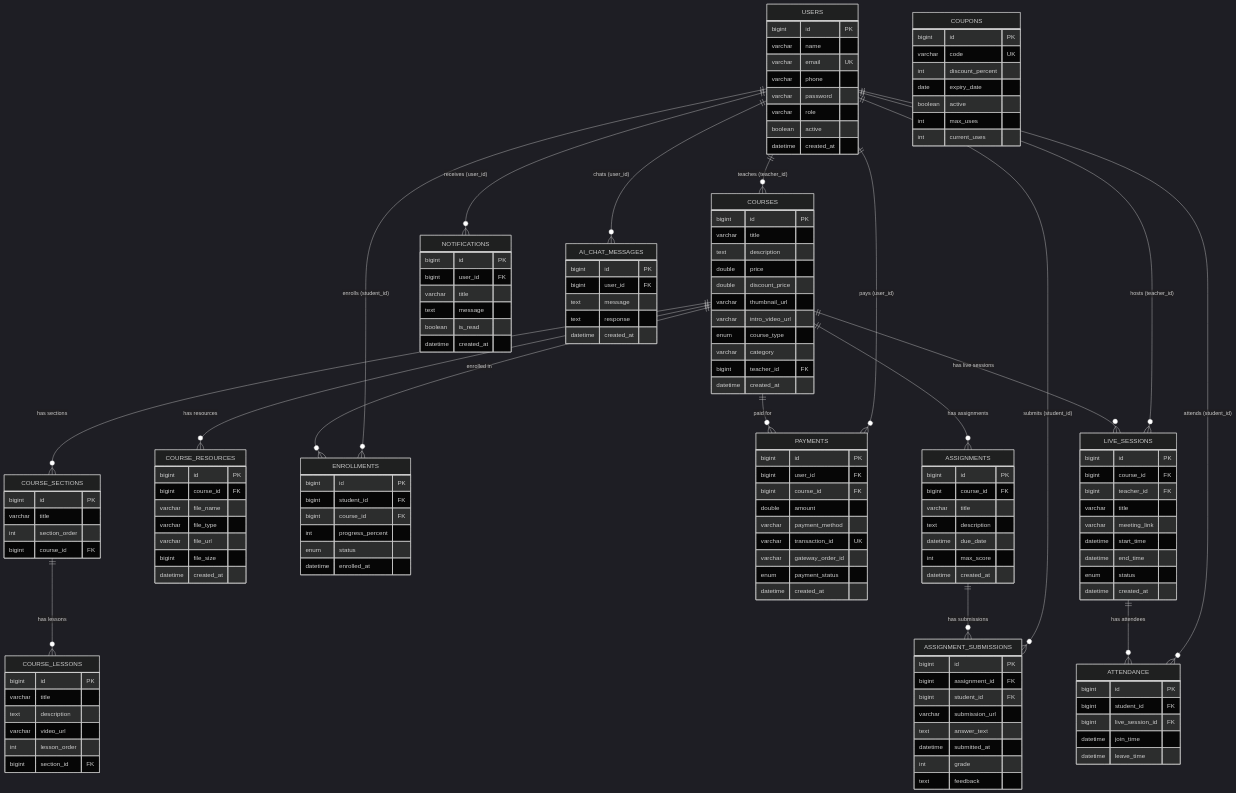
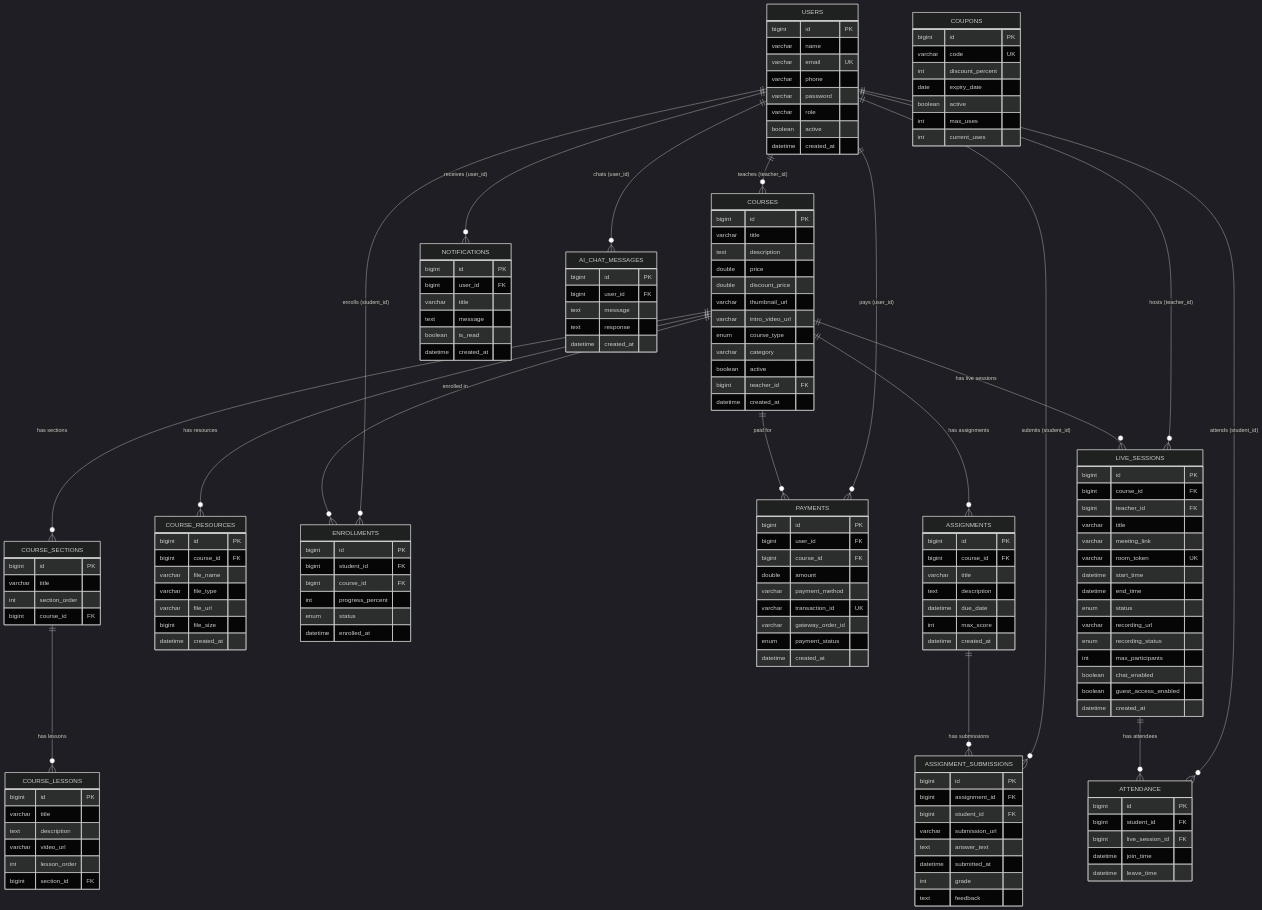
One commit to SanatanRana/lms-backend changed the fourth of 10 diagrams in README.md. Above: the diagram before and after it, drawn with Mermaid (dark theme). The commit also changed other lines of this file, not shown here.

Commit message:
docs: comprehensive README with architecture, features, WebSocket protocol, ER diagrams

```diff
--- a/README.md
+++ b/README.md
@@ -743,6 +935,7 @@
         varchar intro_video_url
         enum course_type
         varchar category
+        boolean active
         bigint teacher_id FK
         datetime created_at
     }
@@ -831,9 +1024,15 @@
         bigint teacher_id FK
         varchar title
         varchar meeting_link
+        varchar room_token UK
         datetime start_time
         datetime end_time
         enum status
+        varchar recording_url
+        enum recording_status
+        int max_participants
+        boolean chat_enabled
+        boolean guest_access_enabled
         datetime created_at
     }
 
```
